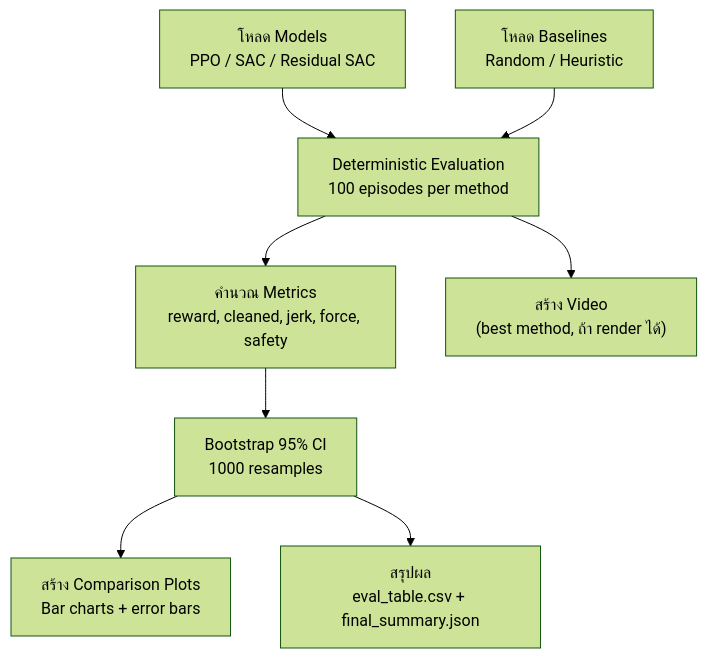
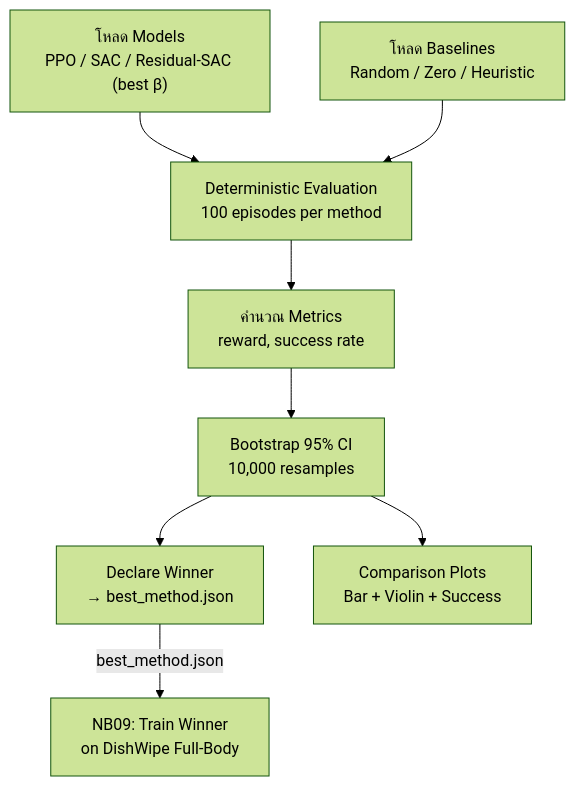
One commit to siriponsri/robotic-sim-dishwash changed the first of 2 diagrams in docs/07_evaluation_and_reporting.md. Above: the diagram before and after it, drawn with Mermaid (forest theme). The commit also changed other lines of this file and 68 other files, not shown here.

First line of the commit message:
refactor: Full-body G1 dual-task pipeline (Apple+DishWipe) for RTX 5090

````diff
--- a/docs/07_evaluation_and_reporting.md
+++ b/docs/07_evaluation_and_reporting.md
@@ -22,19 +23,19 @@
 ```mermaid
 graph TD
-    Models["โหลด Models<br/>PPO / SAC / Residual SAC"]
-    Baselines["โหลด Baselines<br/>Random / Heuristic"]
+    Models["โหลด Models<br/>PPO / SAC / Residual-SAC (best β)"]
+    Baselines["โหลด Baselines<br/>Random / Zero / Heuristic"]
     EvalLoop["Deterministic Evaluation<br/>100 episodes per method"]
-    Metrics["คำนวณ Metrics<br/>reward, cleaned, jerk, force, safety"]
-    Bootstrap["Bootstrap 95% CI<br/>1000 resamples"]
-    Plots["สร้าง Comparison Plots<br/>Bar charts + error bars"]
-    Video["สร้าง Video<br/>(best method, ถ้า render ได้)"]
-    Report["สรุปผล<br/>eval_table.csv + final_summary.json"]
+    Metrics["คำนวณ Metrics<br/>reward, success rate"]
+    Bootstrap["Bootstrap 95% CI<br/>10,000 resamples"]
+    Winner["Declare Winner<br/>→ best_method.json"]
+    Plots["Comparison Plots<br/>Bar + Violin + Success"]
+    Bonus["NB09: Train Winner<br/>on DishWipe Full-Body"]
 
     Models --> EvalLoop
     Baselines --> EvalLoop
     EvalLoop --> Metrics
     Metrics --> Bootstrap
     Bootstrap --> Plots
-    Bootstrap --> Report
-    EvalLoop --> Video
+    Bootstrap --> Winner
+    Winner -->|"best_method.json"| Bonus
 ```
````
